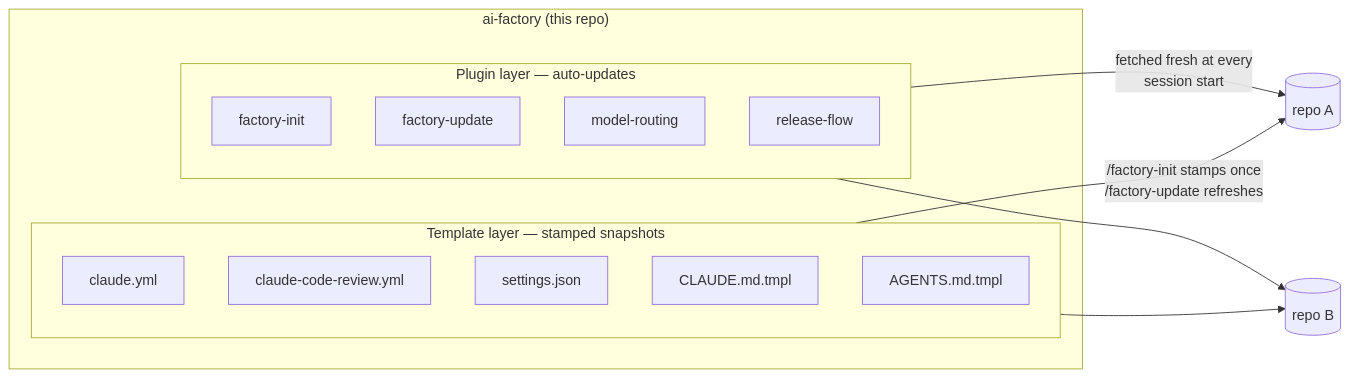
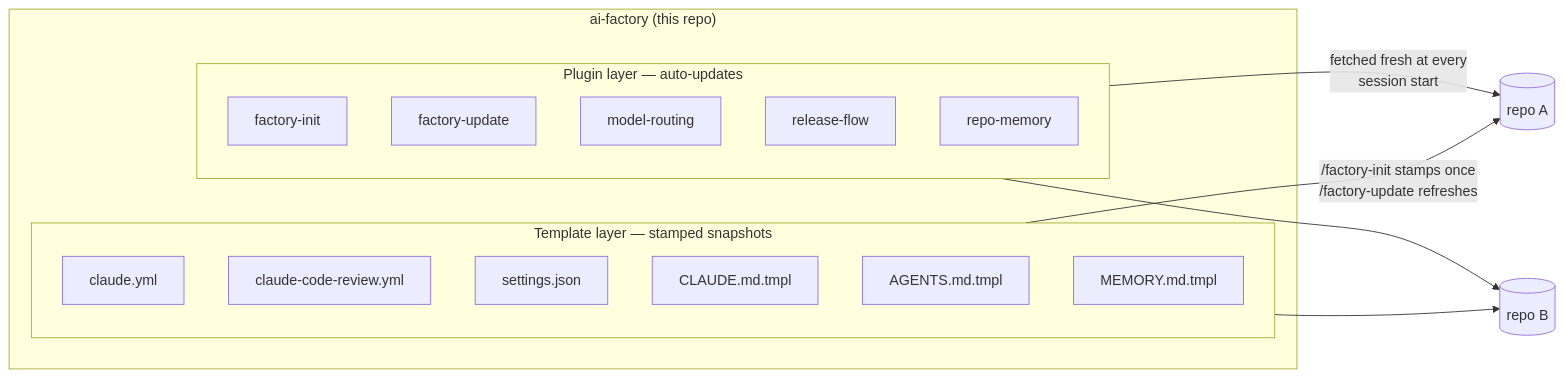
The first of 5 diagrams in README.md (onurcelep/ai-factory), drawn with Mermaid before and after one commit. The commit also changed other lines of this file and 9 other files, not shown here.

First line of the commit message:
repo-memory: repo-committed memory + review-run dedup

````diff
--- a/README.md
+++ b/README.md
@@ -18,23 +18,25 @@
 ```mermaid
 flowchart LR
     subgraph AF["ai-factory (this repo)"]
         subgraph P["Plugin layer — auto-updates"]
             S1[factory-init]
             S2[factory-update]
             S3[model-routing]
             S4[release-flow]
+            S5[repo-memory]
         end
         subgraph T["Template layer — stamped snapshots"]
             T1[claude.yml]
             T2[claude-code-review.yml]
             T3[settings.json]
             T4[CLAUDE.md.tmpl]
             T5[AGENTS.md.tmpl]
+            T6[MEMORY.md.tmpl]
         end
     end
 
     P -- "fetched fresh at every<br/>session start" --> R1[(repo A)]
     P -- " " --> R2[(repo B)]
     T -- "/factory-init stamps once<br/>/factory-update refreshes" --> R1
     T -- " " --> R2
 ```
````
